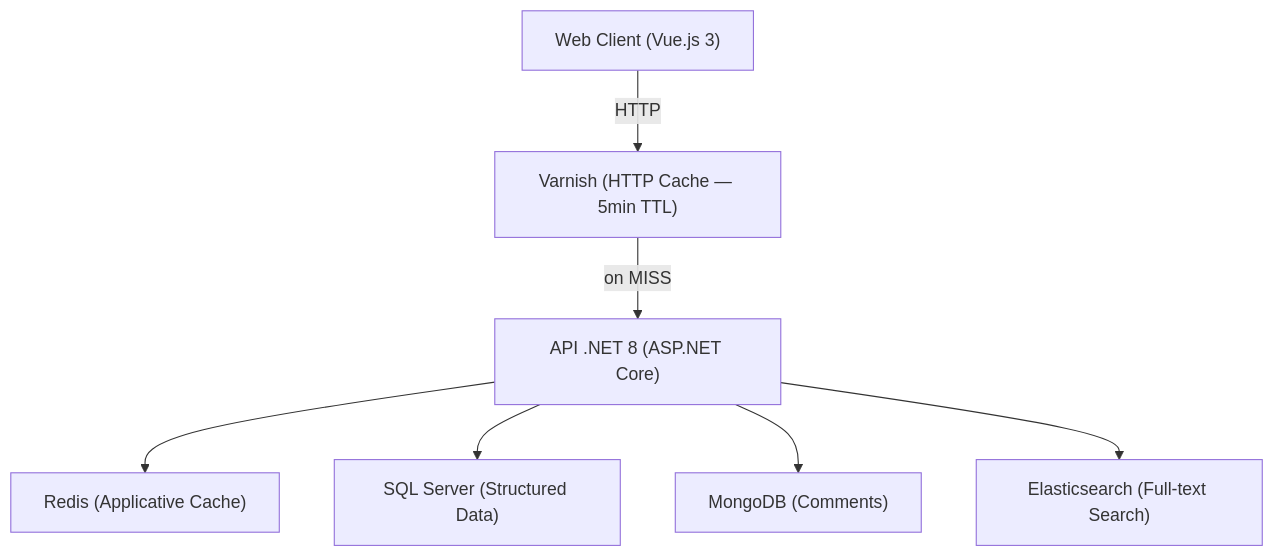
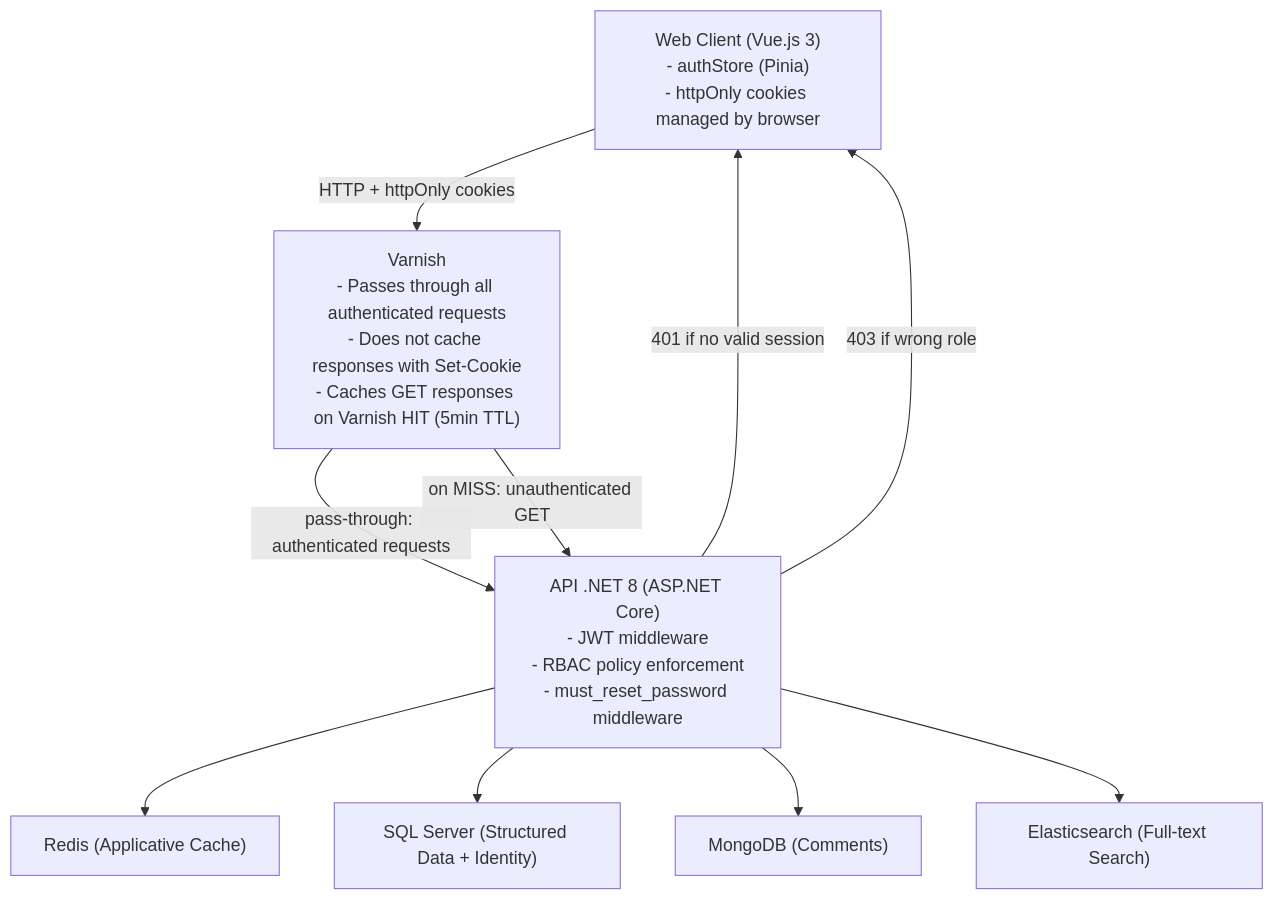
Before and after one commit to LaurentCondoure/EventManager: the first of 11 diagrams in documentation/architecture/design/design-event-flows.md, drawn with Mermaid. The commit also changed other lines of this file and 58 other files, not shown here.

````diff
--- a/documentation/architecture/design/design-event-flows.md
+++ b/documentation/architecture/design/design-event-flows.md
@@ -17,17 +20,28 @@
 ```mermaid
 graph TB
-    Client["Web Client (Vue.js 3)"]
-    Varnish["Varnish (HTTP Cache — 5min TTL)"]
-    API["API .NET 8 (ASP.NET Core)"]
+    Client["Web Client (Vue.js 3)
+- authStore (Pinia)
+- httpOnly cookies managed by browser"]
+    Varnish["Varnish
+- Passes through all authenticated requests
+- Does not cache responses with Set-Cookie
+- Caches GET responses on Varnish HIT (5min TTL)"]
+    API["API .NET 8 (ASP.NET Core)
+- JWT middleware
+- RBAC policy enforcement
+- must_reset_password middleware"]
     Redis["Redis (Applicative Cache)"]
-    SQL["SQL Server (Structured Data)"]
+    SQL["SQL Server (Structured Data + Identity)"]
     Mongo["MongoDB (Comments)"]
     ES["Elasticsearch (Full-text Search)"]
 
-    Client -->|HTTP| Varnish
-    Varnish -->|on MISS| API
+    Client -->|HTTP + httpOnly cookies| Varnish
+    Varnish -->|pass-through: authenticated requests| API
+    Varnish -->|on MISS: unauthenticated GET| API
+    API -->|401 if no valid session| Client
+    API -->|403 if wrong role| Client
     API --> Redis
     API --> SQL
     API --> Mongo
     API --> ES
 ```
````
